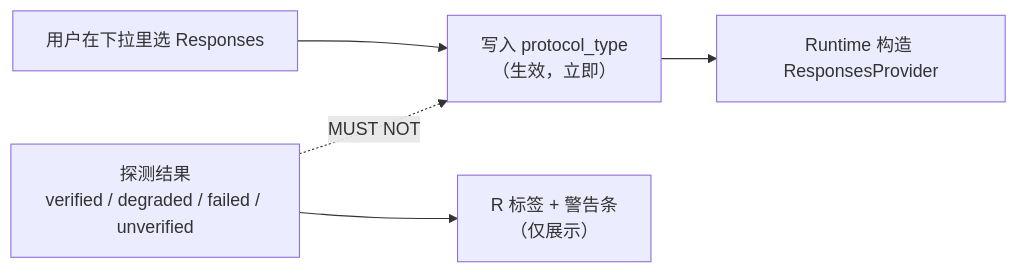
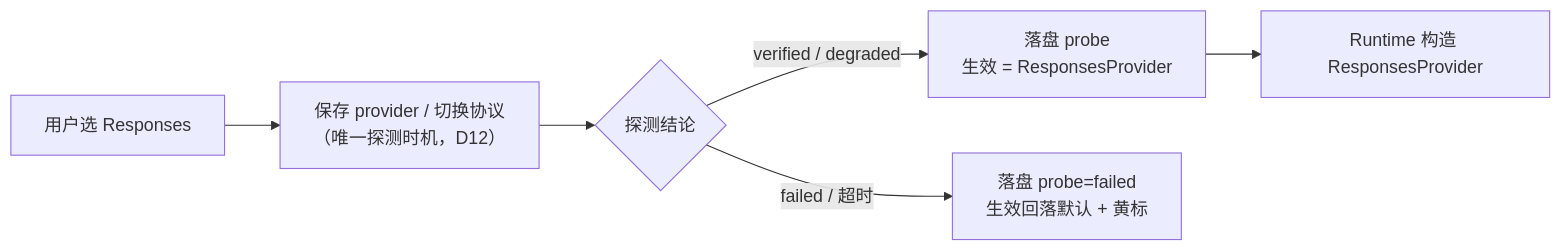
One commit to acowork/acowork changed the second of 3 diagrams in docs/adr/zh/ADR-103-openai-responses-provider-shape.md. Above: the diagram before and after it, drawn with Mermaid. The commit also changed other lines of this file and 2 other files, not shown here.

First line of the commit message:
docs(adr): accept ADR-103 v0.3 — probe-gated Responses enablement

````diff
--- a/docs/adr/zh/ADR-103-openai-responses-provider-shape.md
+++ b/docs/adr/zh/ADR-103-openai-responses-provider-shape.md
@@ -385,7 +398,8 @@
 ```mermaid
 flowchart LR
-    U["用户在下拉里选 Responses"] --> W["写入 protocol_type<br/>（生效，立即）"]
-    P["探测结果<br/>verified / degraded / failed / unverified"] --> B["R 标签 + 警告条<br/>（仅展示）"]
-    P -.->|"MUST NOT"| W
-    W --> R["Runtime 构造 ResponsesProvider"]
+    U["用户选 Responses"] --> S["保存 provider / 切换协议<br/>（唯一探测时机，D12）"]
+    S --> P{"探测结论"}
+    P -- "verified / degraded" --> E["落盘 probe<br/>生效 = ResponsesProvider"]
+    P -- "failed / 超时" --> F["落盘 probe=failed<br/>生效回落默认 + 黄标"]
+    E --> R["Runtime 构造 ResponsesProvider"]
 ```
````
